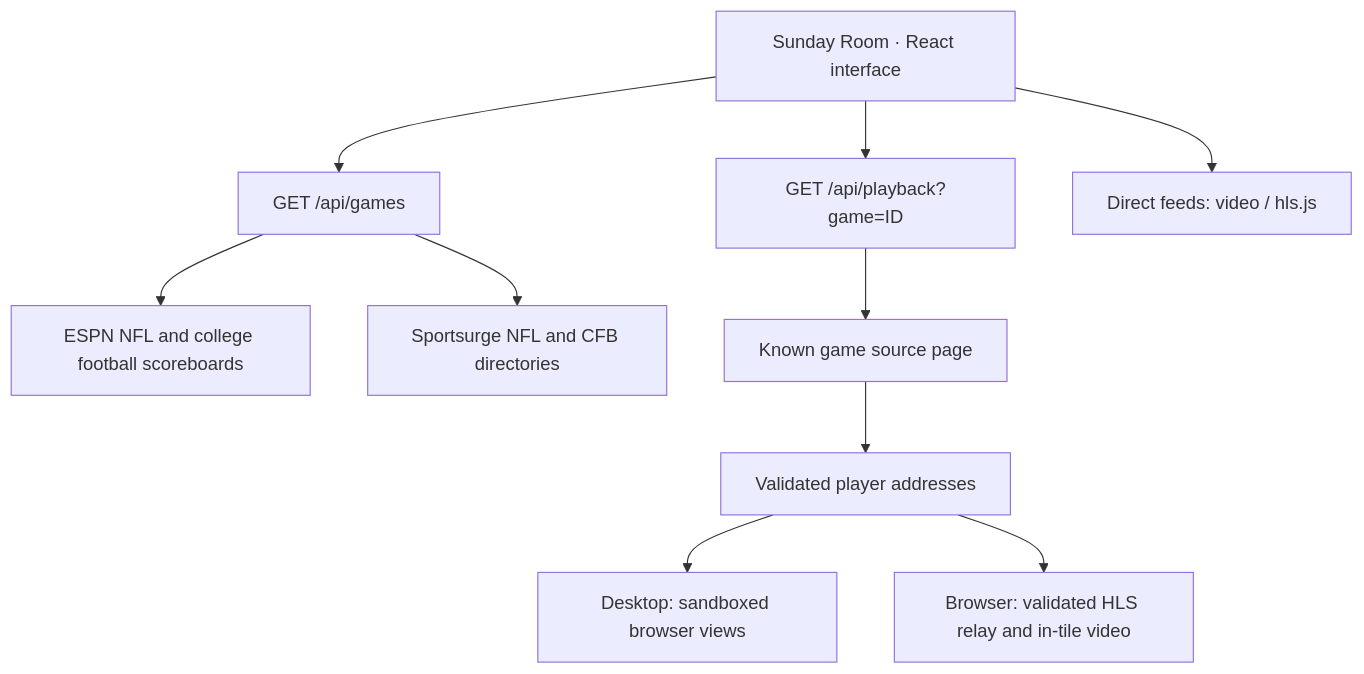
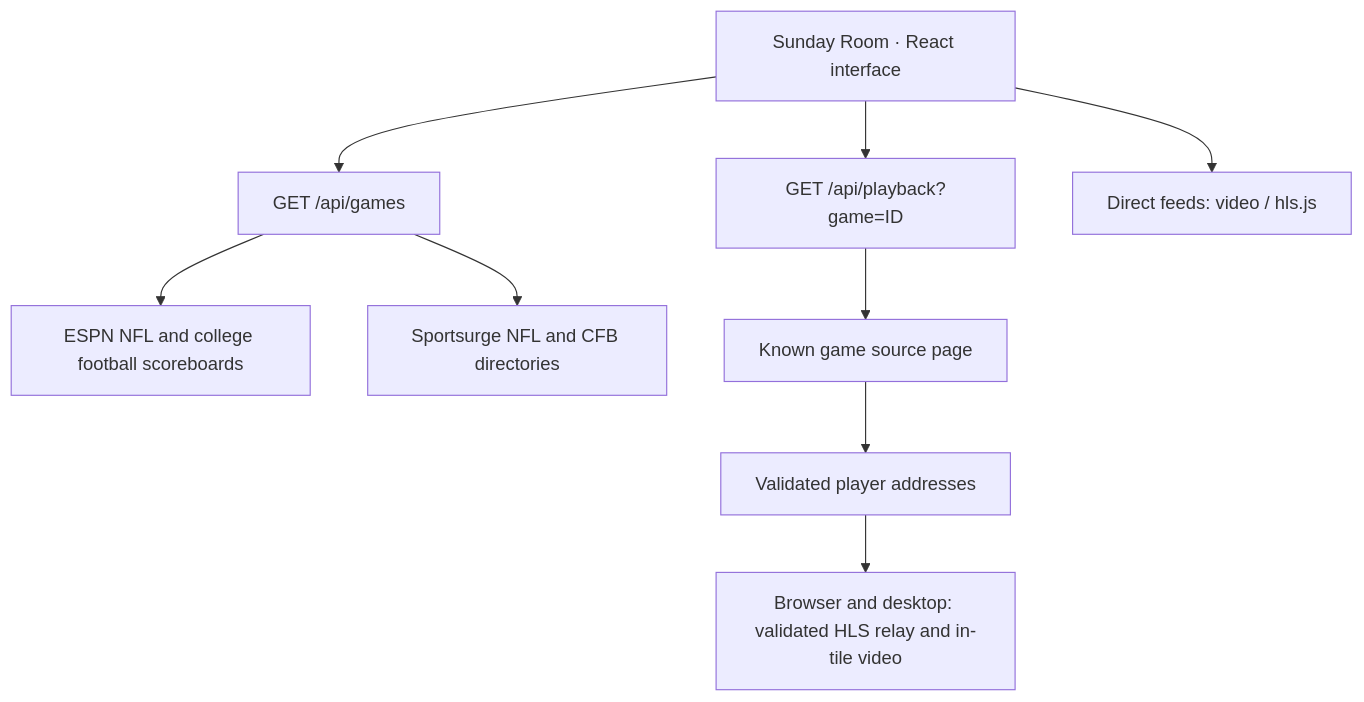
Before and after one commit to TheDarkSkyXD/Sports-Hub: the diagram in README.md, drawn with Mermaid. The commit also changed other lines of this file and 7 other files, not shown here.

Commit message:
feat(player): add focused HLS controls across browser and desktop

````diff
--- a/README.md
+++ b/README.md
@@ -128,12 +134,11 @@
 ```mermaid
 flowchart TD
     UI["Sunday Room · React interface"] --> Games["GET /api/games"]
     Games --> Scores["ESPN NFL and college football scoreboards"]
     Games --> Directory["Sportsurge NFL and CFB directories"]
     UI --> Resolve["GET /api/playback?game=ID"]
     Resolve --> Page["Known game source page"]
     Page --> Links["Validated player addresses"]
-    Links --> Desktop["Desktop: sandboxed browser views"]
-    Links --> Browser["Browser: validated HLS relay and in-tile video"]
+    Links --> Player["Browser and desktop: validated HLS relay and in-tile video"]
     UI --> Direct["Direct feeds: video / hls.js"]
 ```
````
